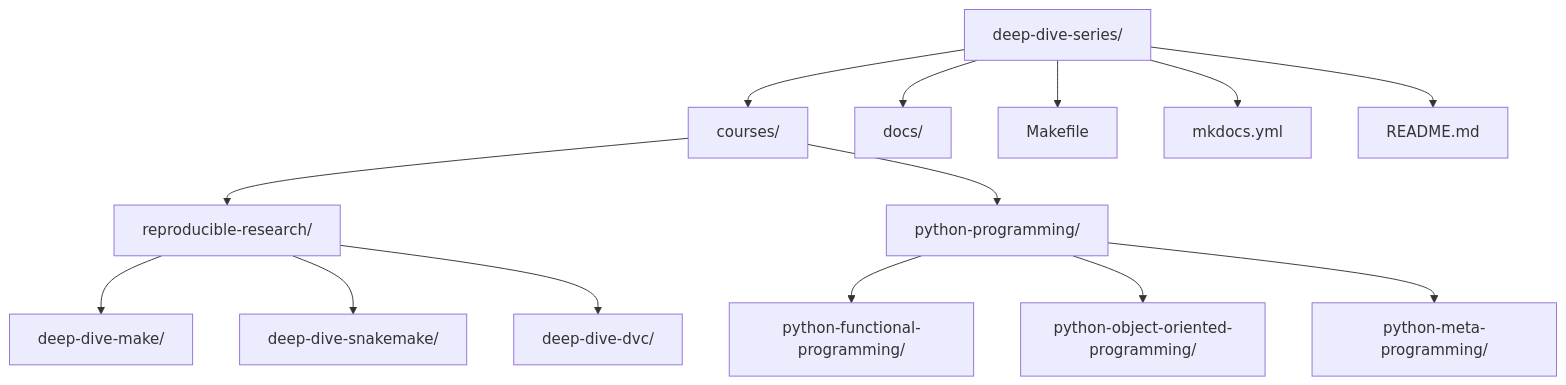
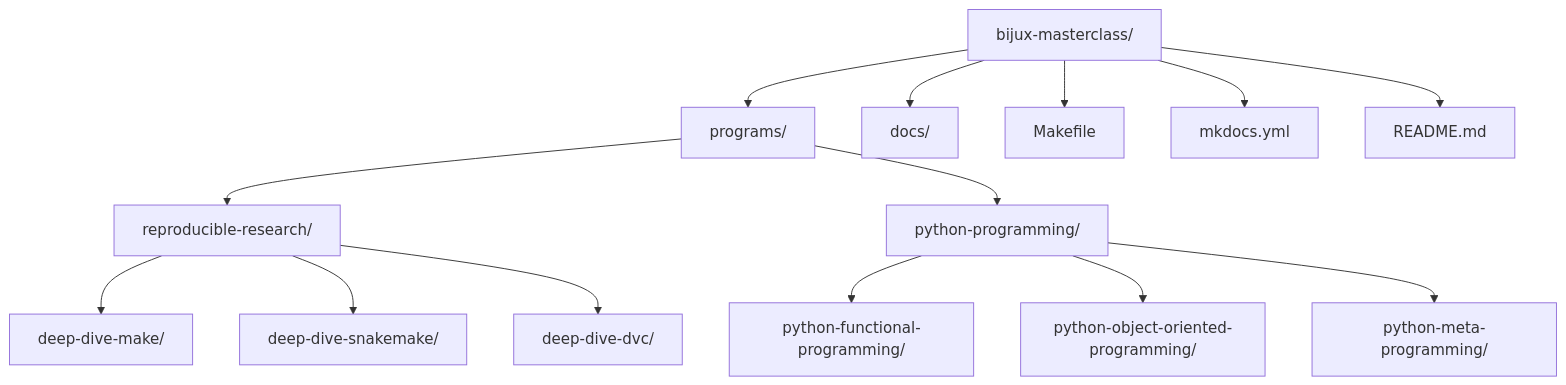
Before and after one commit to bijux/bijux-masterclass: the diagram in README.md, drawn with Mermaid. The commit also changed other lines of this file and 1327 other files, not shown here.

Commit message:
refactor(repo): rename courses to programs and refresh branding

````diff
--- a/README.md
+++ b/README.md
@@ -9,17 +9,17 @@
 ```mermaid
 graph TD
-  root["deep-dive-series/"]
-  root --> courses["courses/"]
+  root["bijux-masterclass/"]
+  root --> courses["programs/"]
   root --> docs["docs/"]
   root --> makefile["Makefile"]
   root --> mkdocs["mkdocs.yml"]
   root --> readme["README.md"]
   courses --> research["reproducible-research/"]
   courses --> python["python-programming/"]
   research --> make["deep-dive-make/"]
   research --> snakemake["deep-dive-snakemake/"]
   research --> dvc["deep-dive-dvc/"]
   python --> functional["python-functional-programming/"]
   python --> oop["python-object-oriented-programming/"]
   python --> meta["python-meta-programming/"]
 ```
````
